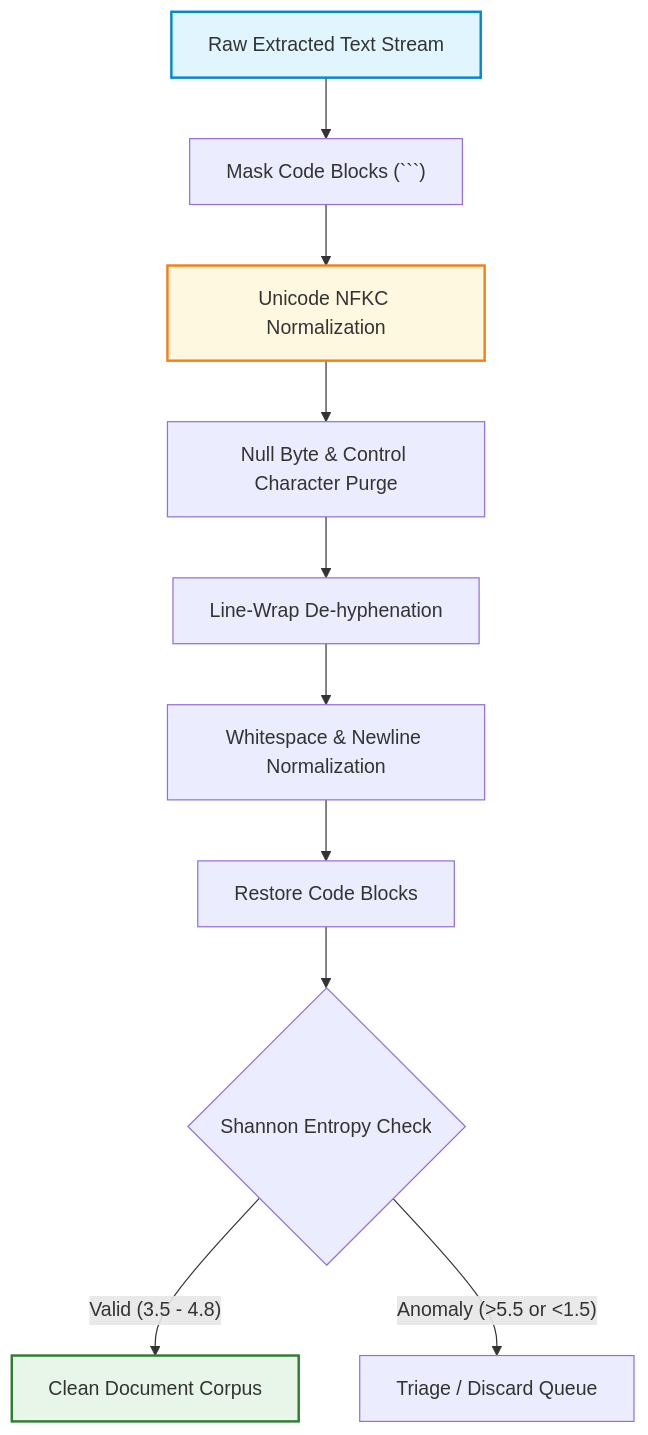
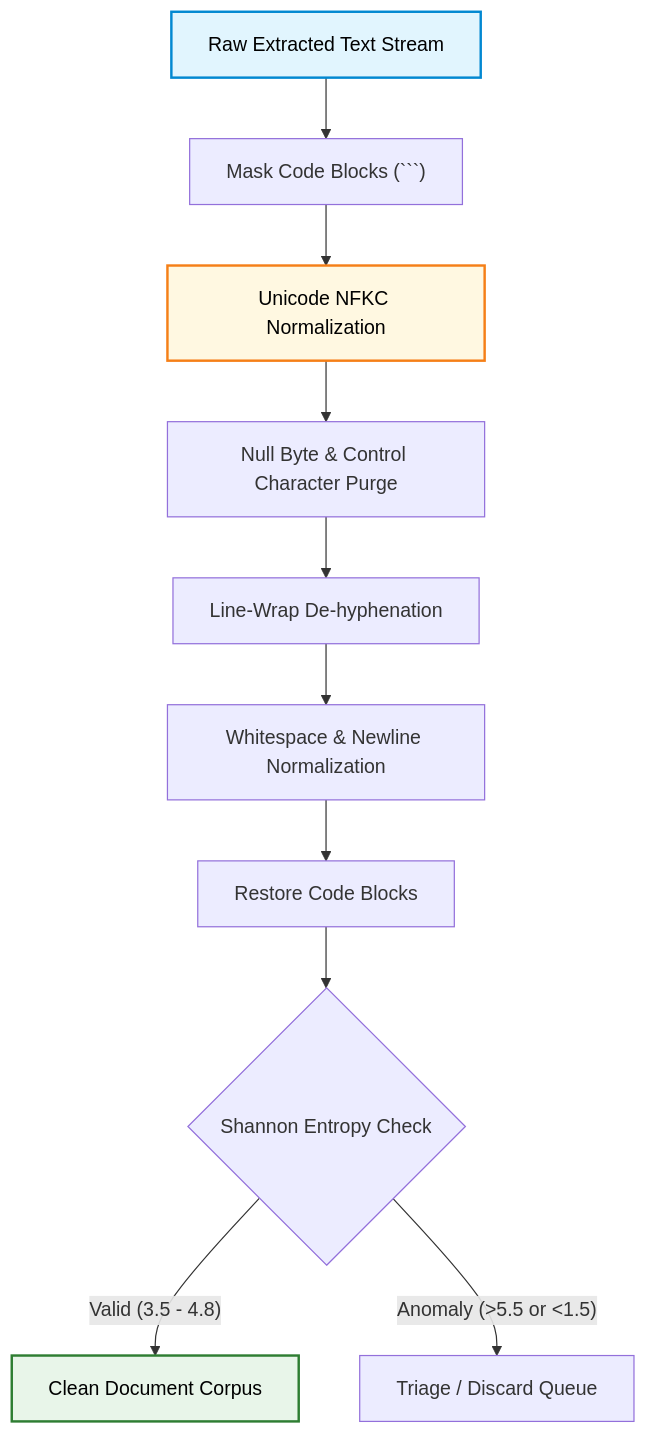
The third of 3 diagrams in 02-Document-Processing/Text-Cleaning.md (swapnil3104/RAG-Engineering), drawn with Mermaid before and after one commit. The commit also changed 108 other files, not shown here.

Commit message:
fix: make chart text visible across all Mermaid diagrams and resolve markdown table formatting issues

````diff
--- a/02-Document-Processing/Text-Cleaning.md
+++ b/02-Document-Processing/Text-Cleaning.md
@@ -444,16 +444,16 @@
 ```mermaid
 flowchart TD
     In["Raw Extracted Text Stream"] --> Mask["Mask Code Blocks (```)"]
     Mask --> NFKC["Unicode NFKC Normalization"]
     NFKC --> Scrub["Null Byte & Control Character Purge"]
     Scrub --> Hyphen["Line-Wrap De-hyphenation"]
     Hyphen --> WS["Whitespace & Newline Normalization"]
     WS --> Unmask["Restore Code Blocks"]
     Unmask --> Entropy{"Shannon Entropy Check"}
     Entropy -- "Valid (3.5 - 4.8)" --> Out["Clean Document Corpus"]
     Entropy -- "Anomaly (>5.5 or <1.5)" --> DLQ["Triage / Discard Queue"]
 
-    style In fill:#e1f5fe,stroke:#0288d1,stroke-width:2px
-    style NFKC fill:#fff8e1,stroke:#f57f17,stroke-width:2px
-    style Out fill:#e8f5e9,stroke:#2e7d32,stroke-width:2px
+    style In fill:#e1f5fe,stroke:#0288d1,stroke-width:2px,color:#000000
+    style NFKC fill:#fff8e1,stroke:#f57f17,stroke-width:2px,color:#000000
+    style Out fill:#e8f5e9,stroke:#2e7d32,stroke-width:2px,color:#000000
 ```
````
